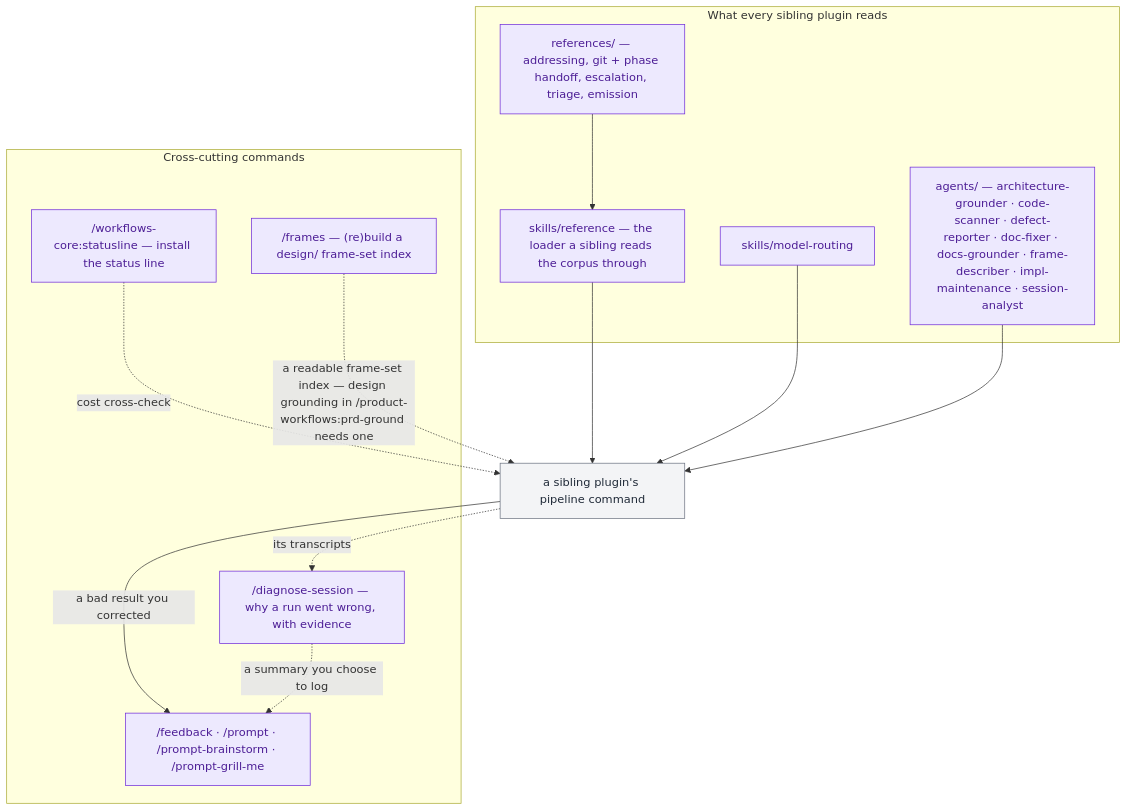
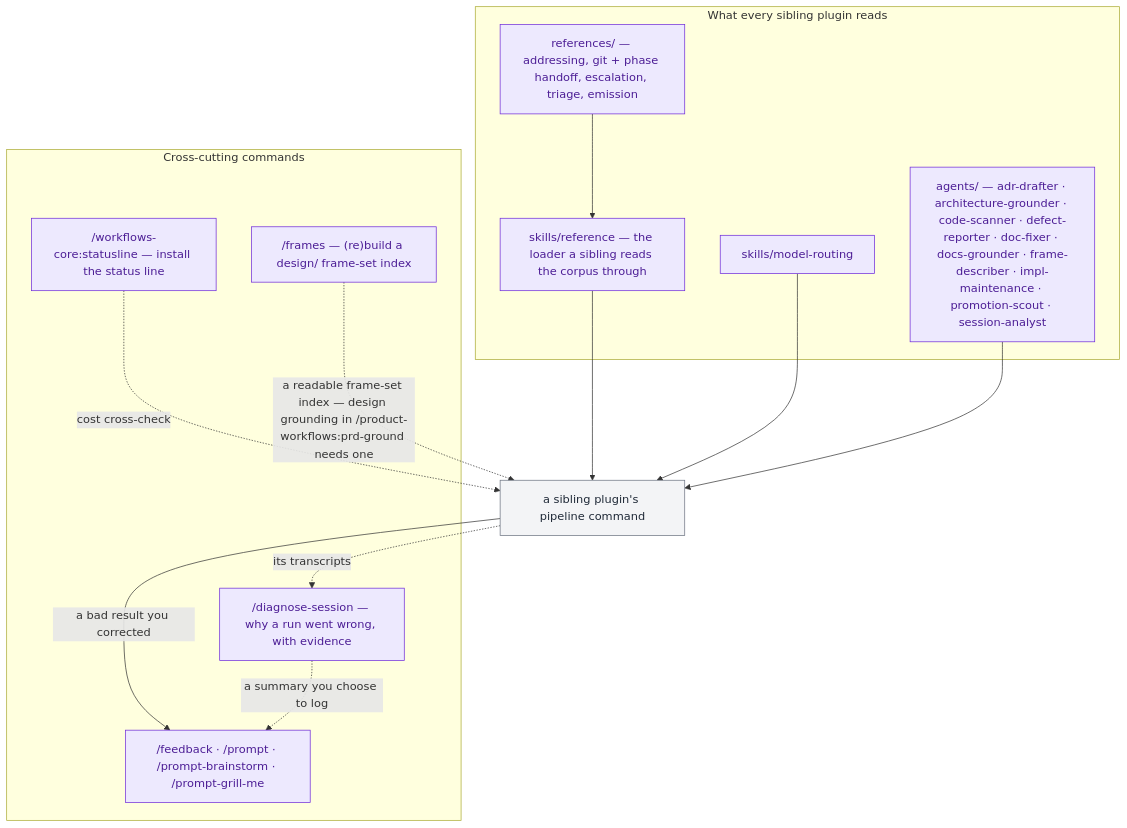
One commit to ihudak/ai-workflows changed the diagram in plugins/workflows-core/docs/workflow.md. Above: the diagram before and after it, drawn with Mermaid. The commit also changed 22 other files, not shown here.

````diff
--- a/plugins/workflows-core/docs/workflow.md
+++ b/plugins/workflows-core/docs/workflow.md
@@ -5,29 +5,29 @@
 ```mermaid
 flowchart TD
     subgraph CORPUS["What every sibling plugin reads"]
         refs["references/ — addressing, git + phase handoff, escalation, triage, emission"]:::core
         loader["skills/reference — the loader a sibling reads the corpus through"]:::core
         skill["skills/model-routing"]:::core
-        agents["agents/ — architecture-grounder · code-scanner · defect-reporter · doc-fixer · docs-grounder · frame-describer · impl-maintenance · session-analyst"]:::core
+        agents["agents/ — adr-drafter · architecture-grounder · code-scanner · defect-reporter · doc-fixer · docs-grounder · frame-describer · impl-maintenance · promotion-scout · session-analyst"]:::core
     end
     subgraph CROSS["Cross-cutting commands"]
         setup["/workflows-core:statusline — install the status line"]:::core
         repair["/frames — (re)build a design/ frame-set index"]:::core
         improve["/feedback · /prompt · /prompt-brainstorm · /prompt-grill-me"]:::core
         diagnose["/diagnose-session — why a run went wrong, with evidence"]:::core
     end
     pipeline["a sibling plugin's pipeline command"]:::other
 
     refs --> loader
     loader --> pipeline
     skill --> pipeline
     agents --> pipeline
     pipeline -->|a bad result you corrected| improve
     pipeline -.->|its transcripts| diagnose
     diagnose -.->|a summary you choose to log| improve
     setup -.->|cost cross-check| pipeline
     repair -.->|"a readable frame-set index — design grounding in /product-workflows:prd-ground needs one"| pipeline
 
     classDef core fill:#ede9fe,stroke:#6d28d9,color:#4c1d95
     classDef other fill:#f3f4f6,stroke:#6b7280,color:#1f2937
 ```
````
